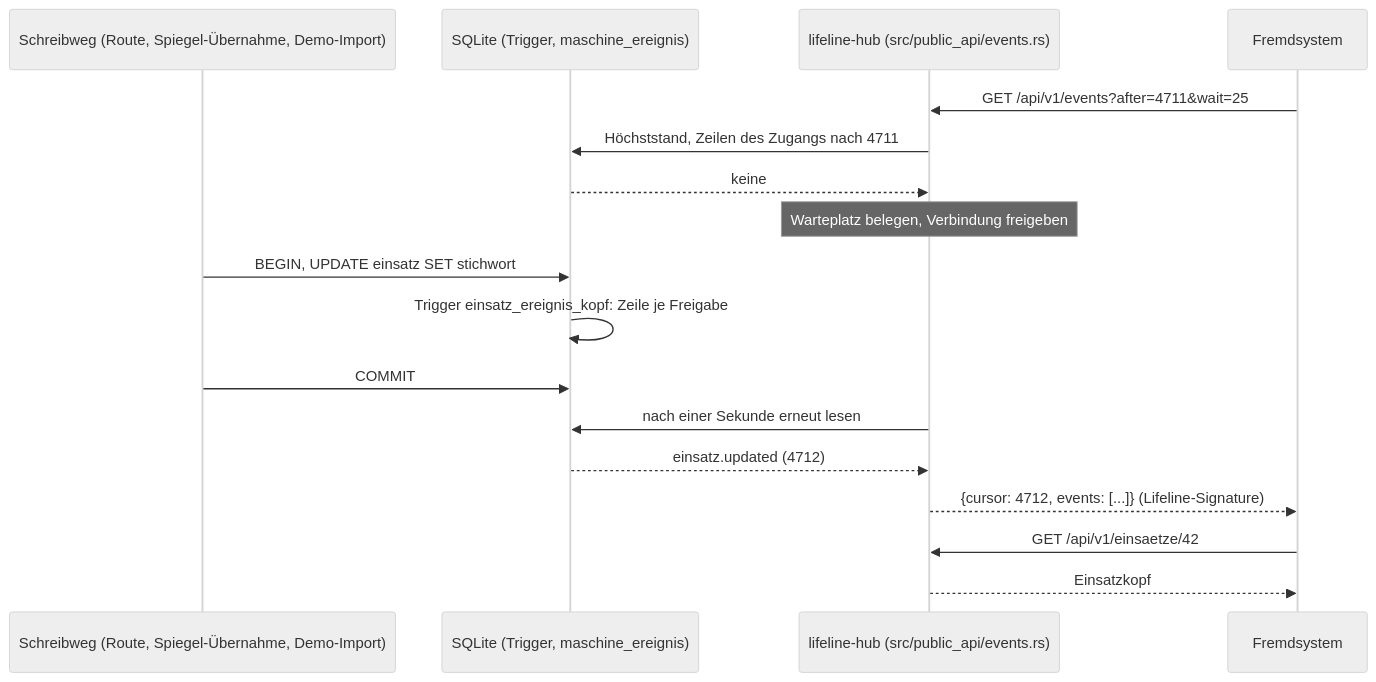
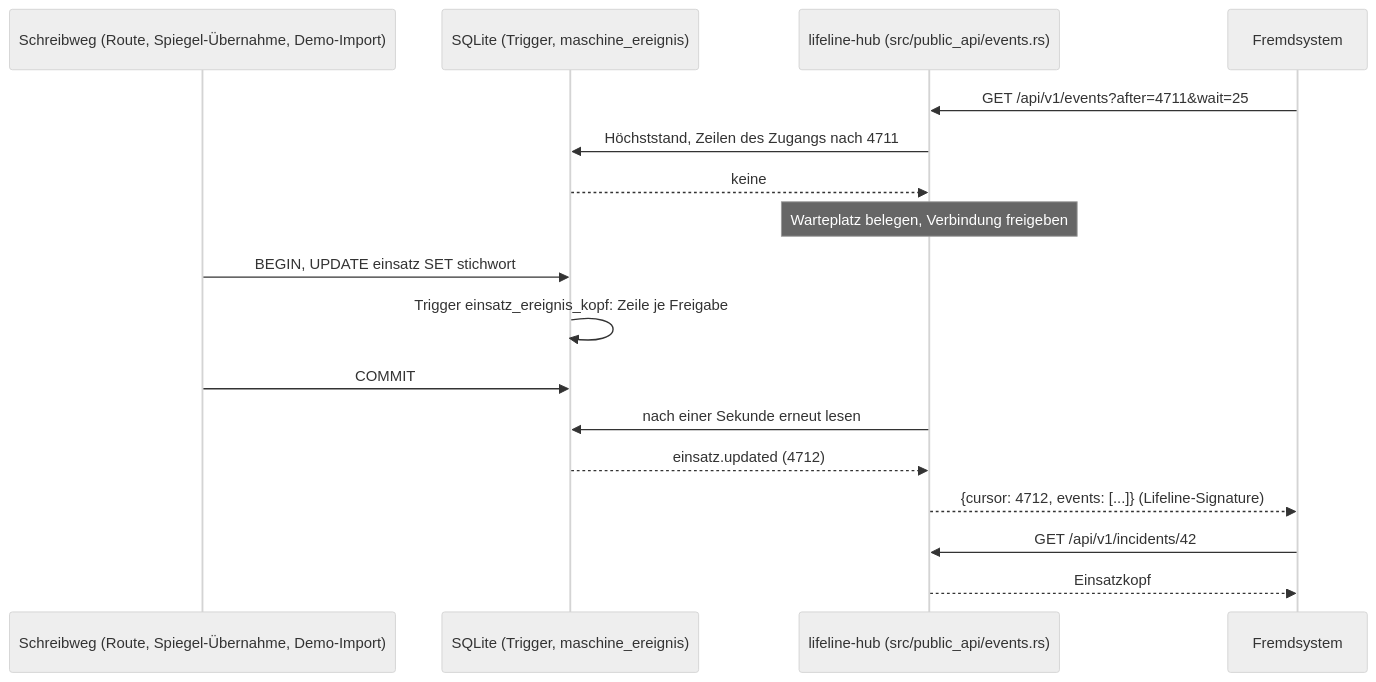
One commit to rubenvitt/lifeline-hub changed diagram 14 of 19 in docs/architektur/06-laufzeitsicht.md. Above: the diagram before and after it, drawn with Mermaid (neutral theme). The commit also changed other lines of this file and 61 other files, not shown here.

````diff
--- a/docs/architektur/06-laufzeitsicht.md
+++ b/docs/architektur/06-laufzeitsicht.md
@@ -590,19 +590,19 @@
 ```mermaid
 sequenceDiagram
   participant W as Schreibweg (Route, Spiegel-Übernahme, Demo-Import)
   participant DB as SQLite (Trigger, maschine_ereignis)
   participant Hub as lifeline-hub (src/public_api/events.rs)
   participant F as Fremdsystem
   F->>Hub: GET /api/v1/events?after=4711&wait=25
   Hub->>DB: Höchststand, Zeilen des Zugangs nach 4711
   DB-->>Hub: keine
   Note over Hub: Warteplatz belegen, Verbindung freigeben
   W->>DB: BEGIN, UPDATE einsatz SET stichwort
   DB->>DB: Trigger einsatz_ereignis_kopf: Zeile je Freigabe
   W->>DB: COMMIT
   Hub->>DB: nach einer Sekunde erneut lesen
   DB-->>Hub: einsatz.updated (4712)
   Hub-->>F: {cursor: 4712, events: [...]} (Lifeline-Signature)
-  F->>Hub: GET /api/v1/einsaetze/42
+  F->>Hub: GET /api/v1/incidents/42
   Hub-->>F: Einsatzkopf
 ```
````
